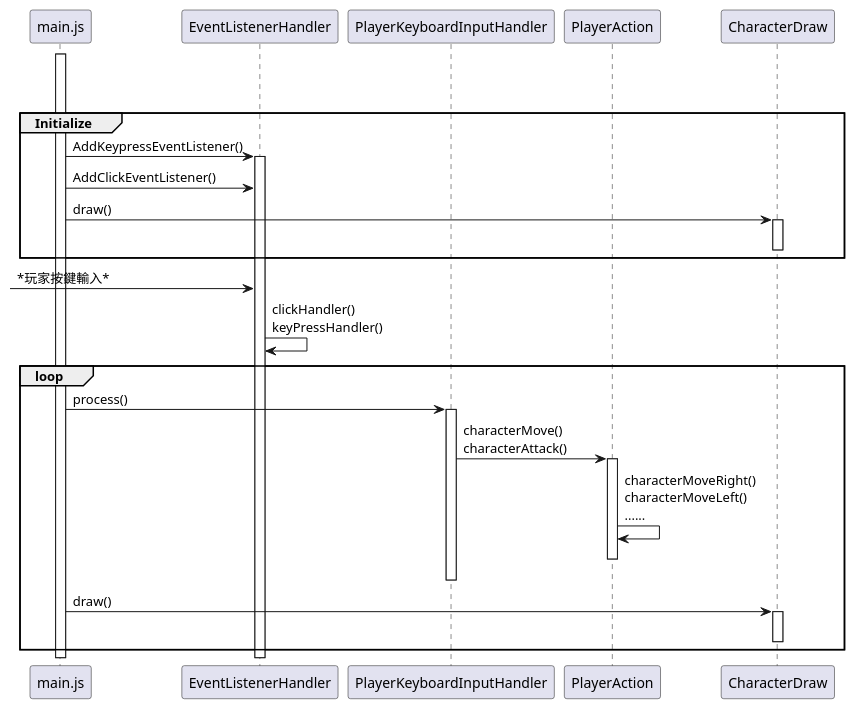
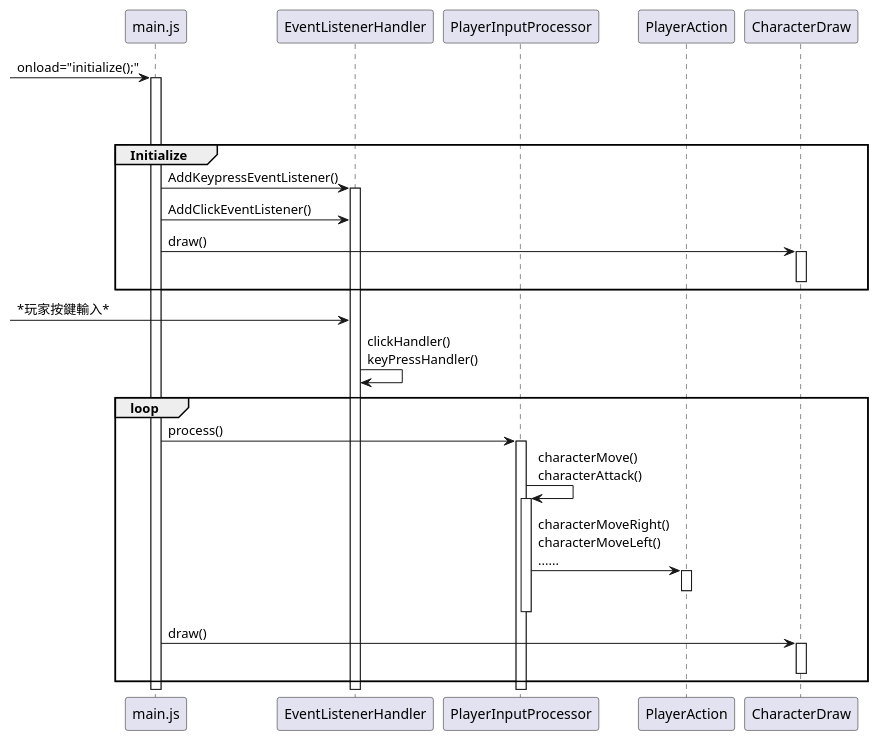
Before and after one commit to willy418785/PCG: the diagram in doc/seq_Flow of playerInput.puml, drawn with PlantUML.

Commit message:
update sequence diagram

```diff
--- a/doc/seq_Flow of playerInput.puml
+++ b/doc/seq_Flow of playerInput.puml
@@ -1,55 +1,55 @@
 @startuml
 participant main.js as main
 participant EventListenerHandler
-participant PlayerKeyboardInputHandler
+participant PlayerInputProcessor
 participant PlayerAction
 participant CharacterDraw
 
 ' note over PlayerAction #c3c3c3
 ' this is a static class
 ' end note
 
 
+[-> main : onload="initialize();"
 activate main
 
 '' this is for layout
 |||
 main -[hidden]-> main
 
 group Initialize
     main -> EventListenerHandler : AddKeypressEventListener()
     activate EventListenerHandler
     main -> EventListenerHandler : AddClickEventListener()
     main -> CharacterDraw ++ : draw()
     deactivate CharacterDraw
 end
 
 [-> EventListenerHandler : *玩家按鍵輸入*
 EventListenerHandler -> EventListenerHandler :  clickHandler()\nkeyPressHandler()
 
 loop
-main -> PlayerKeyboardInputHandler : process()
+main -> PlayerInputProcessor : process()
 
-activate PlayerKeyboardInputHandler
+activate PlayerInputProcessor
 
-PlayerKeyboardInputHandler -> PlayerAction ++ : characterMove()\ncharacterAttack()
-
-PlayerAction -> PlayerAction : characterMoveRight()\ncharacterMoveLeft()\n......
+PlayerInputProcessor -> PlayerInputProcessor ++ : characterMove()\ncharacterAttack()
+PlayerInputProcessor -> PlayerAction ++ : characterMoveRight()\ncharacterMoveLeft()\n......
 
 
 '' this is for layout
 PlayerAction -[hidden]> PlayerAction
 deactivate PlayerAction
 
 '' this is for layout
-PlayerAction -[hidden]-> PlayerKeyboardInputHandler
+PlayerAction -[hidden]-> PlayerInputProcessor
 
 
-deactivate PlayerKeyboardInputHandler
+deactivate PlayerInputProcessor
 
 main -> CharacterDraw ++ : draw()
 deactivate CharacterDraw
 end
 ' player -> 
 '  main.js : 取像訊號
 @enduml
```
